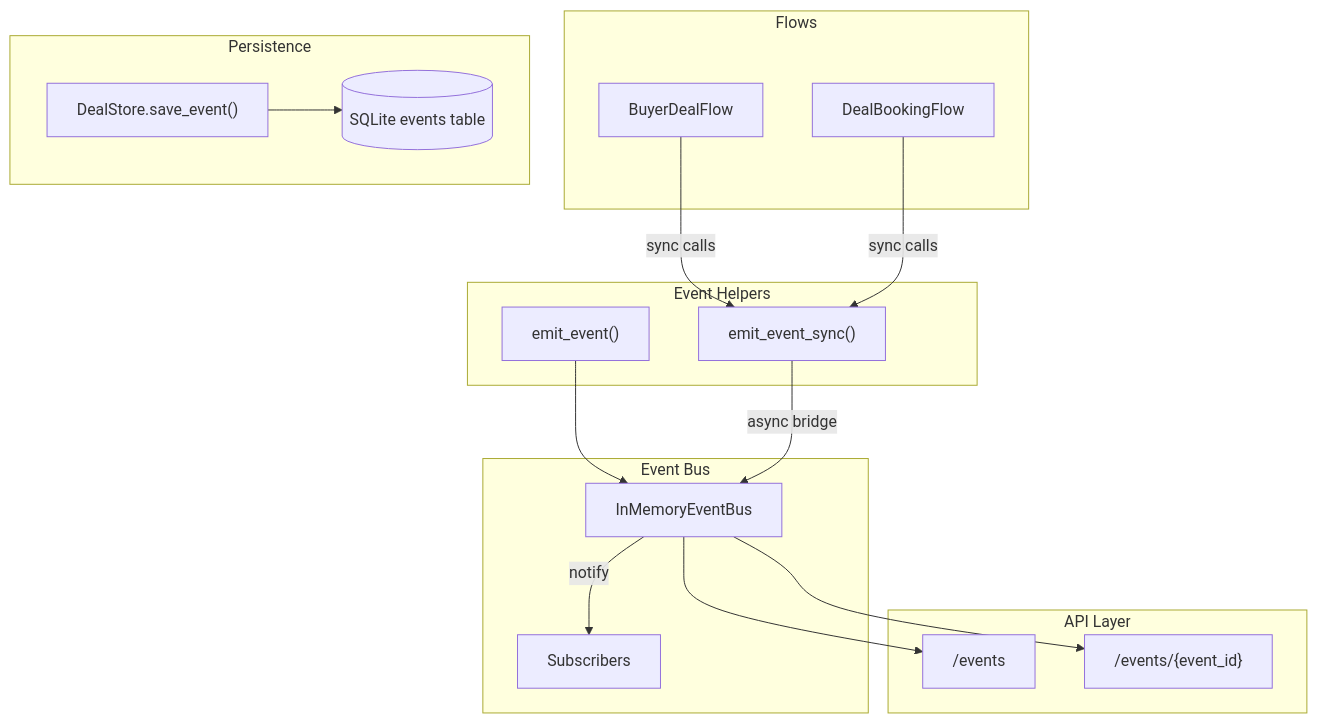
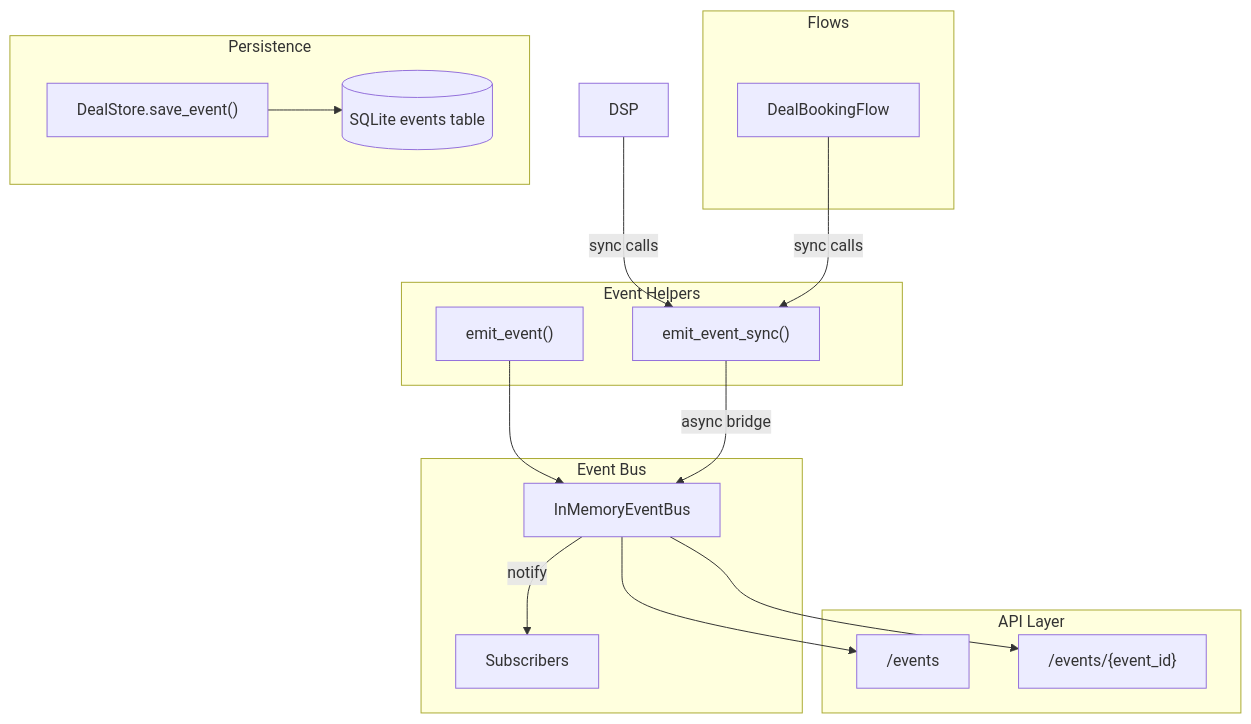
The first of 2 diagrams in docs/event-bus/overview.md (IABTechLab/buyer-agent), drawn with Mermaid before and after one commit. The commit also changed other lines of this file and 26 other files, not shown here.

````diff
--- a/docs/event-bus/overview.md
+++ b/docs/event-bus/overview.md
@@ -23,36 +23,35 @@
 ```mermaid
 graph TB
     subgraph Flows
-        DSP["BuyerDealFlow"]
         DBF["DealBookingFlow"]
     end
 
     subgraph "Event Helpers"
         ES["emit_event_sync()"]
         EA["emit_event()"]
     end
 
     subgraph "Event Bus"
         BUS["InMemoryEventBus"]
         SUBS["Subscribers"]
     end
 
     subgraph "Persistence"
         STORE["DealStore.save_event()"]
         DB[("SQLite events table")]
     end
 
     subgraph "API Layer"
         LIST["/events"]
         GET["/events/{event_id}"]
     end
 
     DSP -->|sync calls| ES
     DBF -->|sync calls| ES
     EA --> BUS
     ES -->|async bridge| BUS
     BUS -->|notify| SUBS
     BUS --> LIST
     BUS --> GET
     STORE --> DB
 ```
````
